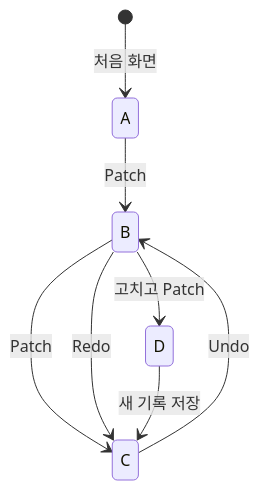
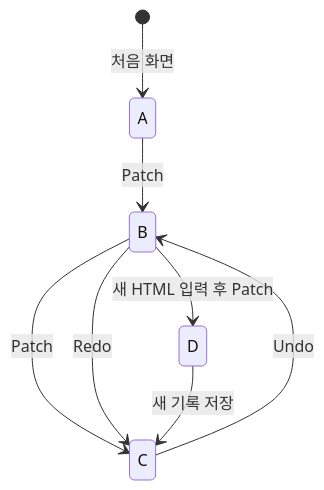
Before and after one commit to team1-mini-lab/mini-react: the second of 2 diagrams in docs/SDD_one_page.md, drawn with Mermaid. The commit also changed other lines of this file, not shown here.

````diff
--- a/docs/SDD_one_page.md
+++ b/docs/SDD_one_page.md
@@ -130,10 +128,10 @@
 ```mermaid
 stateDiagram-v2
     [*] --> A: 처음 화면
     A --> B: Patch
     B --> C: Patch
     C --> B: Undo
     B --> C: Redo
-    B --> D: 고치고 Patch
+    B --> D: 새 HTML 입력 후 Patch
     D --> C: 새 기록 저장
 ```
````
